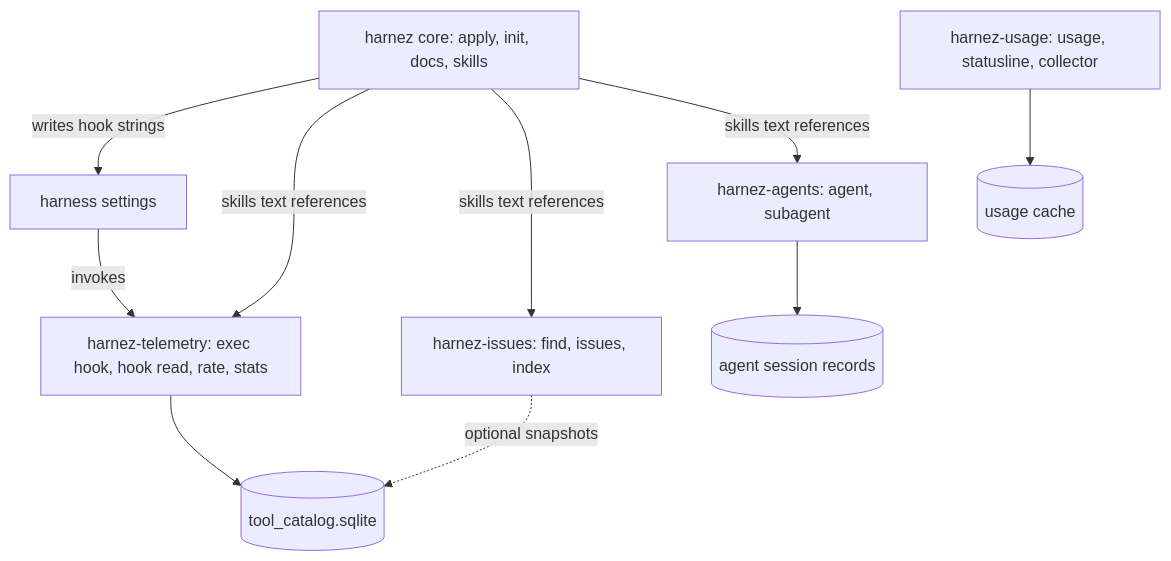
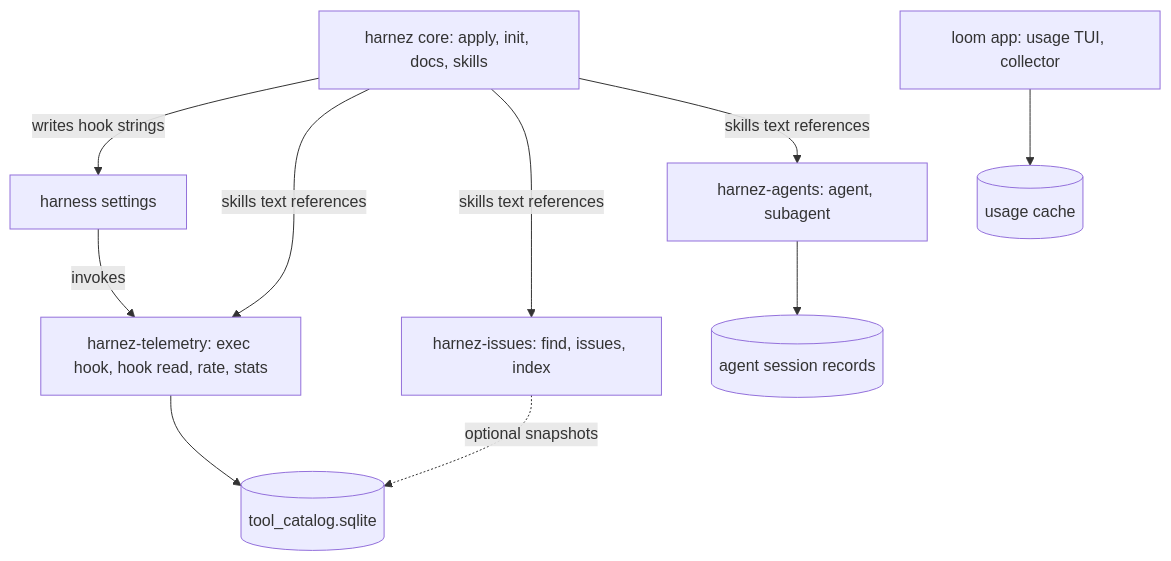
Before and after one commit to ubunatic/harnez: the second of 2 diagrams in docs/HarnezComponents.md, drawn with Mermaid. The commit also changed other lines of this file, not shown here.

Commit message:
docs(components): usage TUI moves to a loom app, not a harnez component

````diff
--- a/docs/HarnezComponents.md
+++ b/docs/HarnezComponents.md
@@ -160,12 +165,12 @@
 ```mermaid
 graph TD
   core[harnez core: apply, init, docs, skills] -->|writes hook strings| harness[harness settings]
   harness -->|invokes| tel[harnez-telemetry: exec hook, hook read, rate, stats]
   tel --> store[(tool_catalog.sqlite)]
   issues[harnez-issues: find, issues, index] -.optional snapshots.-> store
   agents[harnez-agents: agent, subagent] --> sessions[(agent session records)]
-  usage[harnez-usage: usage, statusline, collector] --> quota[(usage cache)]
+  usage[loom app: usage TUI, collector] --> quota[(usage cache)]
   core -->|skills text references| tel
   core -->|skills text references| issues
   core -->|skills text references| agents
 ```
````
